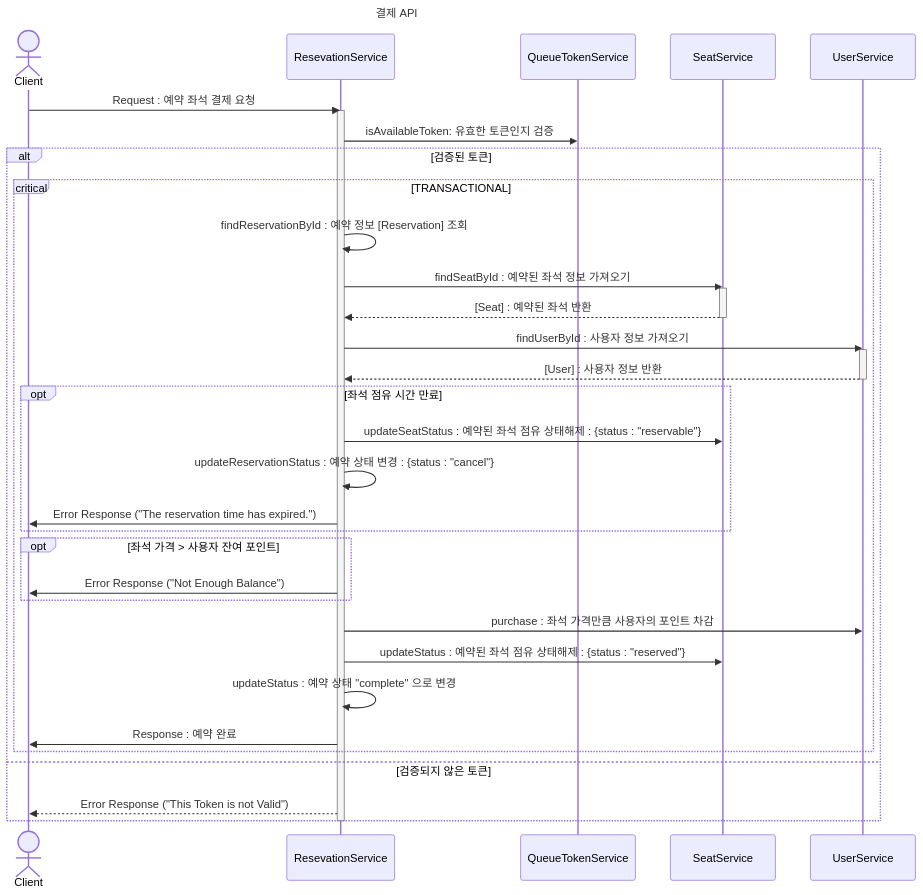
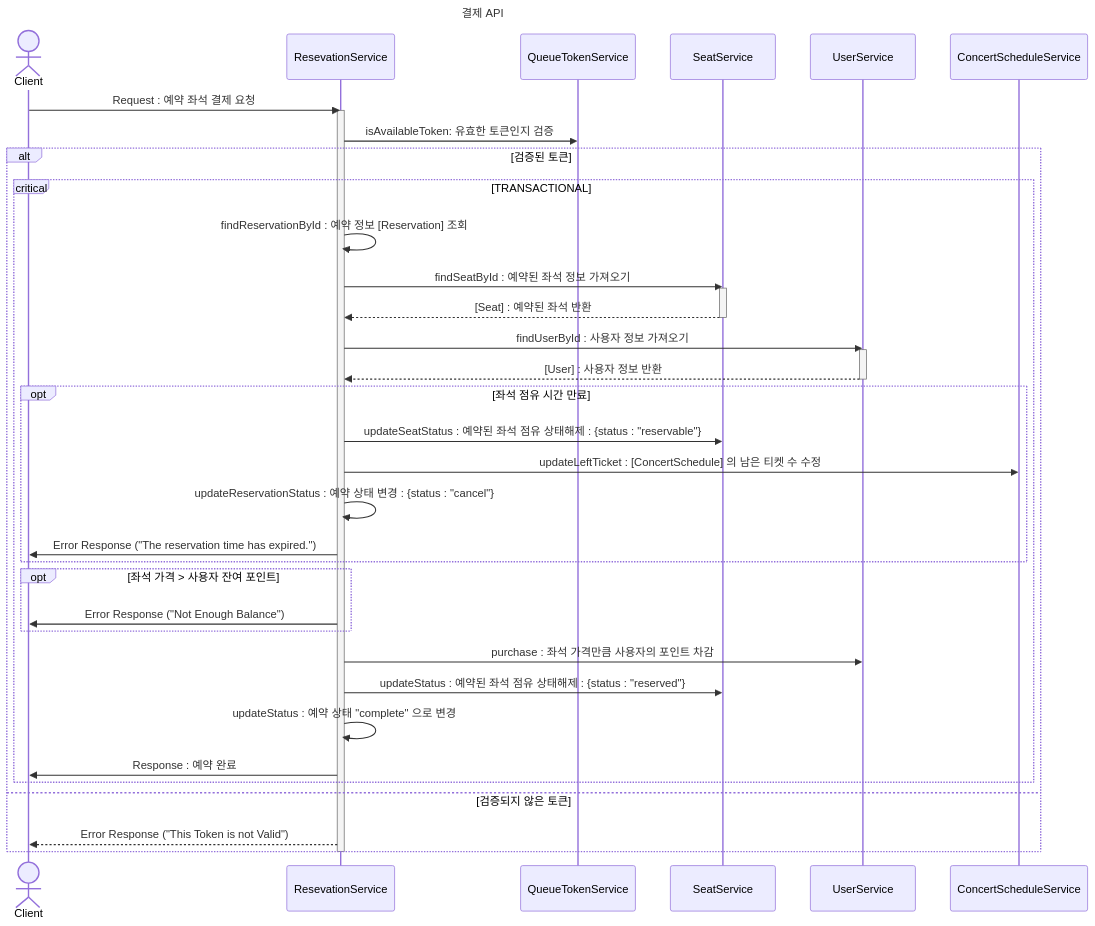
The diagram in design/sequence_diagram/결제_API.md (GustavEiffels/hhplus_server_build), drawn with Mermaid before and after one commit. The commit also changed 3 other files, not shown here.

Commit message:
[fix] Erdigram, Requirements Analysis, Sequence Diagram

````diff
--- a/design/sequence_diagram/결제_API.md
+++ b/design/sequence_diagram/결제_API.md
@@ -1,59 +1,61 @@
 ```mermaid
 ---
 title: 결제 API  
 ---
 sequenceDiagram
     Actor cl as Client
     participant re as ResevationService
     participant qu as QueueTokenService
     participant se as SeatService 
     participant us as UserService 
+    participant cs as ConcertScheduleService
 
     
     cl->>re : Request : 예약 좌석 결제 요청 
     activate re
     
     re->>qu : isAvailableToken: 유효한 토큰인지 검증  
 
     alt 검증된 토큰 
         critical TRANSACTIONAL
             re->> re  : findReservationById : 예약 정보 [Reservation] 조회
 
             re->> se  : findSeatById  : 예약된 좌석 정보 가져오기
             activate se
 
             se-->> re : [Seat] : 예약된 좌석 반환 
             deactivate se
 
             re->> us  : findUserById  : 사용자 정보 가져오기 
             activate us
 
             us-->> re  : [User] : 사용자 정보 반환 
             deactivate us
 
             opt 좌석 점유 시간 만료
                 re->> se : updateSeatStatus : 예약된 좌석 점유 상태해제 : {status : "reservable"} 
+                re->> cs : updateLeftTicket : [ConcertSchedule] 의 남은 티켓 수 수정 
                 re->> re : updateReservationStatus : 예약 상태 변경 : {status : "cancel"}
                 re->>cl  : Error Response ("The reservation time has expired.")
             end 
 
                 opt 좌석 가격 > 사용자 잔여 포인트 
                     re->>cl : Error Response ("Not Enough Balance")
                 end
 
                 re->> us : purchase  : 좌석 가격만큼 사용자의 포인트 차감 
                 re->> se : updateStatus : 예약된 좌석 점유 상태해제 : {status : "reserved"}
                 re->> re : updateStatus : 예약 상태 "complete" 으로 변경  
 
                 re->> cl : Response : 예약 완료
         end
     
     else 검증되지 않은 토큰
         re-->>cl : Error Response ("This Token is not Valid")
     end
 
     deactivate re
 
 
                    
 ```
````
